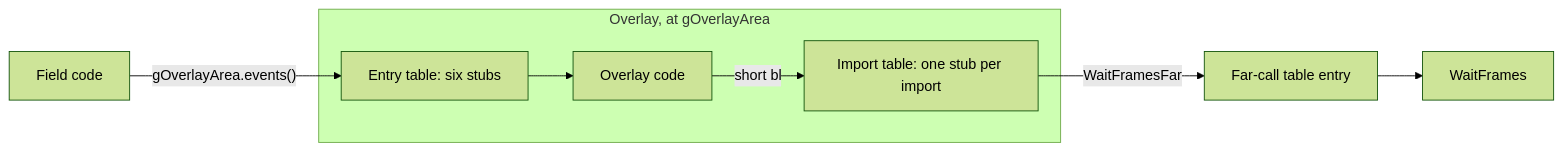
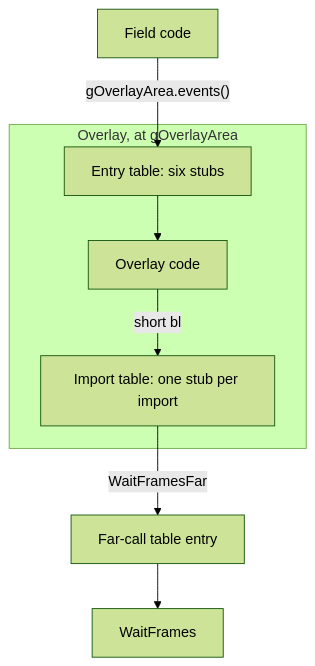
The second of 2 diagrams in games/tbs/src/system/README.md (PascalPixel/alchemy), drawn with Mermaid (forest theme) before and after one commit. The commit also changed 17 other files, not shown here.

First line of the commit message:
Docs: diagrams that draw on the site

````diff
--- a/games/tbs/src/system/README.md
+++ b/games/tbs/src/system/README.md
@@ -121,13 +121,13 @@
 ```mermaid
-flowchart LR
+flowchart TB
     subgraph ovl["Overlay, at gOverlayArea"]
         entry["Entry table: six stubs"]
         code["Overlay code"]
         import["Import table: one stub per import"]
     end
     field["Field code"] -->|"gOverlayArea.events()"| entry
     entry --> code
     code -->|"short bl"| import
     import -->|"WaitFramesFar"| far["Far-call table entry"]
     far --> fn["WaitFrames"]
 ```
````
